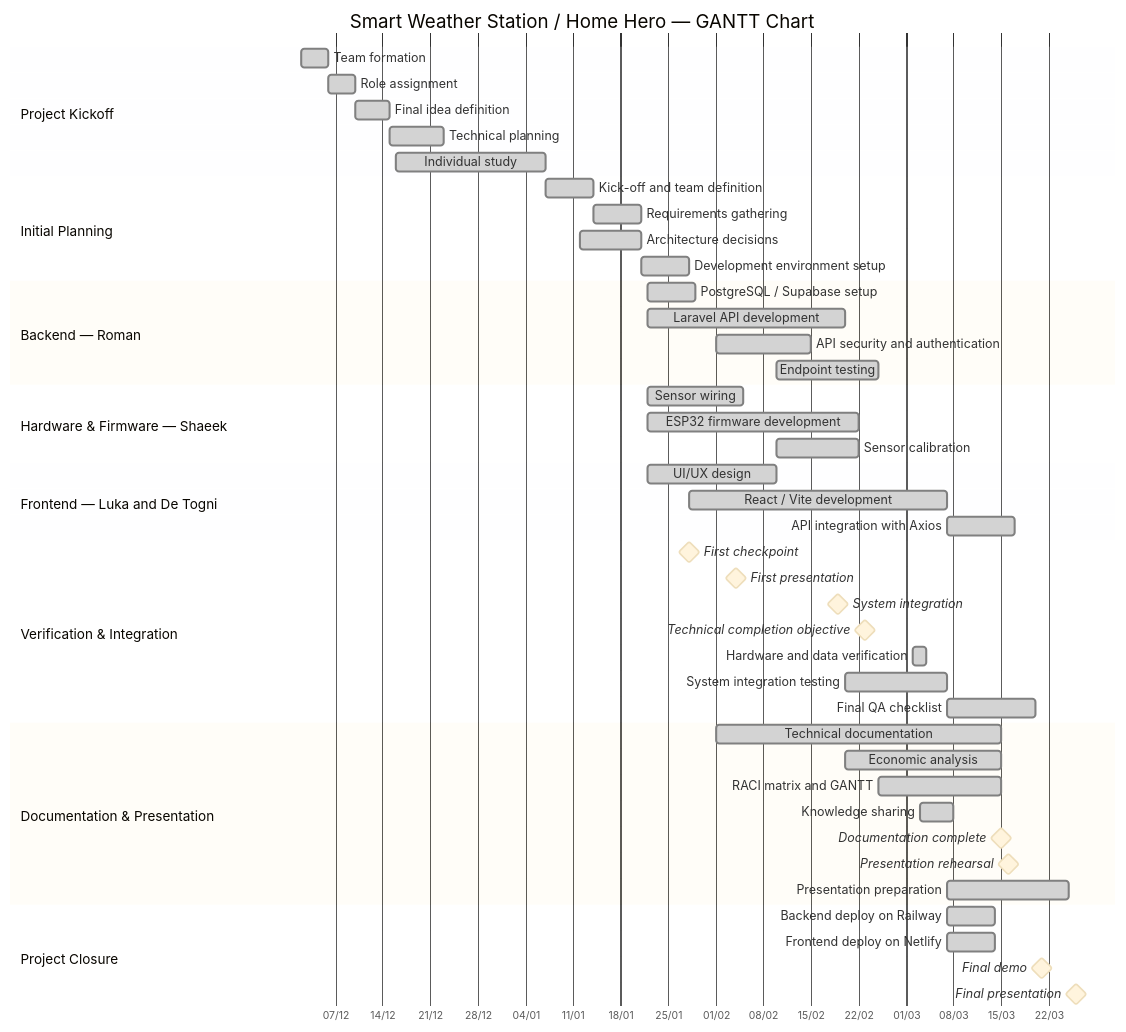
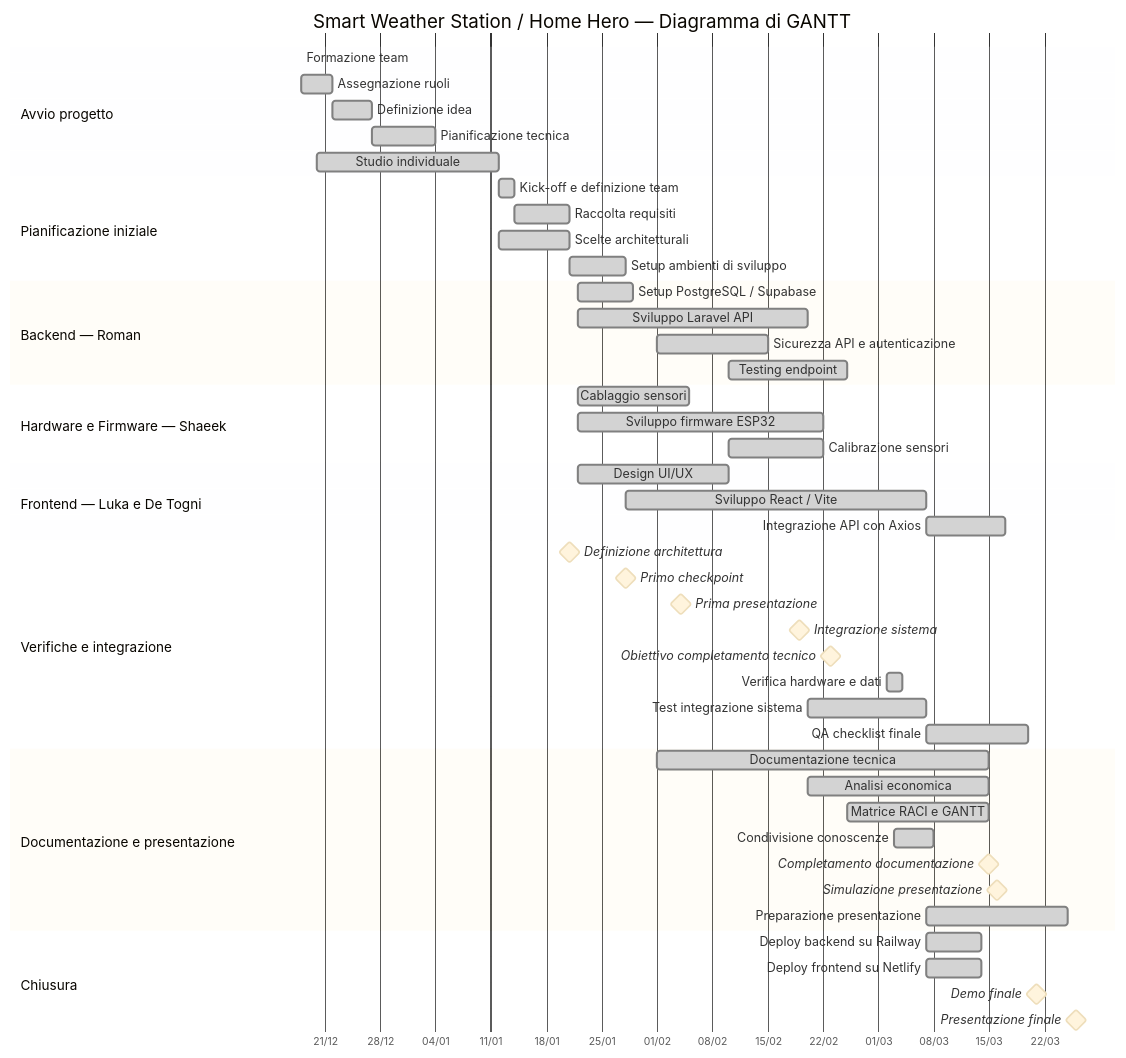
One commit to xxRelaXxx/HomeHero changed the diagram in docs/eng/GANTT.md. Above: the diagram before and after it, drawn with Mermaid. The commit also changed 5 other files, not shown here.

Commit message:
prep for presentation + GANTT modification

````diff
--- a/docs/eng/GANTT.md
+++ b/docs/eng/GANTT.md
@@ -32,71 +32,72 @@
 ```mermaid
 %%{init: {
   "theme": "base",
   "gantt": {
     "leftPadding": 280,
     "barHeight": 18,
     "barGap": 7,
     "topPadding": 45,
     "fontSize": 12,
     "sectionFontSize": 13
   }
 }}%%
 
 gantt
-    title Smart Weather Station / Home Hero — GANTT Chart
+    title Smart Weather Station / Home Hero — Diagramma di GANTT
     dateFormat  YYYY-MM-DD
     axisFormat  %d/%m
 
-    section Project Kickoff
-    Team formation                    :done,    s1, 2025-12-02, 2025-12-06
-    Role assignment                   :done,    s2, after s1, 4d
-    Final idea definition             :done,    s3, after s2, 5d
-    Technical planning                :done,    s4, after s3, 8d
-    Individual study                  :done,    s5, 2025-12-16, 2026-01-07
+    section Avvio progetto
+    Formazione team                   :done,    s1, 2025-12-18, 2025-12-18
+    Assegnazione ruoli                :done,    s2, after s1, 4d
+    Definizione idea                  :done,    s3, after s2, 5d
+    Pianificazione tecnica            :done,    s4, after s3, 8d
+    Studio individuale                :done,    s5, 2025-12-20, 2026-01-12
 
-    section Initial Planning
-    Kick-off and team definition      :done,    p1, after s5, 2026-01-14
-    Requirements gathering            :done,    p2, after p1, 7d
-    Architecture decisions            :done,    p3, 2026-01-12, 2026-01-21
-    Development environment setup     :done,    p4, after p3, 7d
+    section Pianificazione iniziale
+    Kick-off e definizione team       :done,    p1, after s5, 2026-01-14
+    Raccolta requisiti                :done,    p2, after p1, 7d
+    Scelte architetturali             :done,    p3, 2026-01-12, 2026-01-21
+    Setup ambienti di sviluppo        :done,    p4, after p3, 7d
 
     section Backend — Roman
-    PostgreSQL / Supabase setup       :done,    b2, 2026-01-22, 2026-01-29
-    Laravel API development           :done,    b1, 2026-01-22, 2026-02-20
-    API security and authentication   :done,    b3, 2026-02-01, 2026-02-15
-    Endpoint testing                  :done,    b4, 2026-02-10, 2026-02-25
+    Setup PostgreSQL / Supabase       :done,    b2, 2026-01-22, 2026-01-29
+    Sviluppo Laravel API              :done,    b1, 2026-01-22, 2026-02-20
+    Sicurezza API e autenticazione    :done,    b3, 2026-02-01, 2026-02-15
+    Testing endpoint                  :done,    b4, 2026-02-10, 2026-02-25
 
-    section Hardware & Firmware — Shaeek
-    Sensor wiring                     :done,    h1, 2026-01-22, 2026-02-05
-    ESP32 firmware development        :done,    h2, 2026-01-22, 2026-02-22
-    Sensor calibration                :done,    h3, 2026-02-10, 2026-02-22
+    section Hardware e Firmware — Shaeek
+    Cablaggio sensori                 :done,    h1, 2026-01-22, 2026-02-05
+    Sviluppo firmware ESP32           :done,    h2, 2026-01-22, 2026-02-22
+    Calibrazione sensori              :done,    h3, 2026-02-10, 2026-02-22
 
-    section Frontend — Luka and De Togni
-    UI/UX design                      :done,    f1, 2026-01-22, 2026-02-10
-    React / Vite development          :done,    f2, 2026-01-28, 2026-03-07
-    API integration with Axios        :done,    f3, after f2, 10d
+    section Frontend — Luka e De Togni
+    Design UI/UX                      :done,    f1, 2026-01-22, 2026-02-10
+    Sviluppo React / Vite             :done,    f2, 2026-01-28, 2026-03-07
+    Integrazione API con Axios        :done,    f3, after f2, 10d
 
-    section Verification & Integration
-    First checkpoint                  :milestone, c1, 2026-01-28, 0d
-    First presentation                :milestone, c2, 2026-02-04, 0d
-    System integration                :milestone, c3, 2026-02-19, 0d
-    Technical completion objective    :milestone, c4, 2026-02-23, 0d
-    Hardware and data verification    :done,      c5, 2026-03-02, 2d
-    System integration testing        :done,      t1, 2026-02-20, 2026-03-07
-    Final QA checklist                :done,    t2, 2026-03-07, 2026-03-20
+    section Verifiche e integrazione
+    Definizione architettura          :milestone, c1, after p3, 0d
+    Primo checkpoint                  :milestone, c1, 2026-01-28, 0d
+    Prima presentazione               :milestone, c2, 2026-02-04, 0d
+    Integrazione sistema              :milestone, c3, 2026-02-19, 0d
+    Obiettivo completamento tecnico   :milestone, c4, 2026-02-23, 0d
+    Verifica hardware e dati         :done,      c5, 2026-03-02, 2d
+    Test integrazione sistema        :done,      t1, 2026-02-20, 2026-03-07
+    QA checklist finale              :done,    t2, 2026-03-07, 2026-03-20
 
-    section Documentation & Presentation
-    Technical documentation           :done,    d1, 2026-02-01, 2026-03-15
-    Economic analysis                 :done,    d2, 2026-02-20, 2026-03-15
-    RACI matrix and GANTT             :done,    d3, 2026-02-25, 2026-03-15
-    Knowledge sharing                 :done,      d4, 2026-03-03, 2026-03-08
-    Documentation complete            :milestone, d5, 2026-03-15, 0d
-    Presentation rehearsal            :milestone, d6, 2026-03-16, 0d
-    Presentation preparation          :done,    d7, 2026-03-07, 2026-03-25
+    section Documentazione e presentazione
+    Documentazione tecnica           :done,    d1, 2026-02-01, 2026-03-15
+    Analisi economica                :done,    d2, 2026-02-20, 2026-03-15
+    Matrice RACI e GANTT             :done,    d3, 2026-02-25, 2026-03-15
+    Condivisione conoscenze          :done,      d4, 2026-03-03, 2026-03-08
+    Completamento documentazione     :milestone, d5, 2026-03-15, 0d
+    Simulazione presentazione        :milestone, d6, 2026-03-16, 0d
+    Preparazione presentazione       :done,    d7, 2026-03-07, 2026-03-25
 
-    section Project Closure
-    Backend deploy on Railway         :done,      dp1, 2026-03-07, 2026-03-14
-    Frontend deploy on Netlify        :done,      dp2, 2026-03-07, 2026-03-14
-    Final demo                        :milestone, m3, 2026-03-21, 0d
-    Final presentation                :milestone, m4, 2026-03-26, 0d
+    section Chiusura
+    Deploy backend su Railway        :done,      dp1, 2026-03-07, 2026-03-14
+    Deploy frontend su Netlify       :done,      dp2, 2026-03-07, 2026-03-14
+    Demo finale                      :milestone, m3, 2026-03-21, 0d
+    Presentazione finale             :milestone, m4, 2026-03-26, 0d
 ```
````
